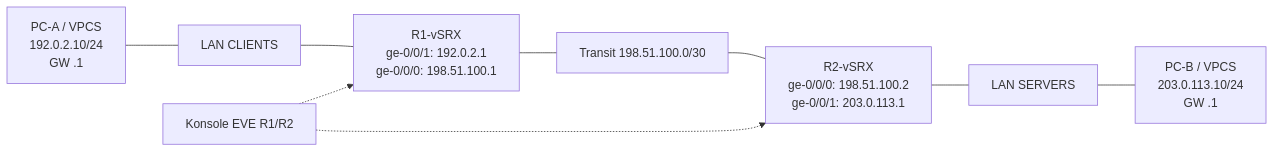
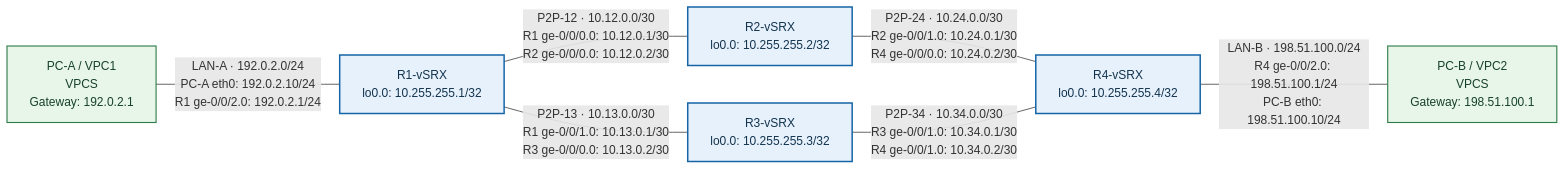
One commit to nelto79/jncip changed the tenth of 10 diagrams in docs/chapters/JUNOS_Rozdzial_05_Operational_Monitoring_and_Maintenance.md. Above: the diagram before and after it, drawn with Mermaid. The commit also changed other lines of this file, not shown here.

Commit message:
docs(ch05): rebuild troubleshooting lab on canonical four-vSRX diamond and correct static failover

```diff
--- a/docs/chapters/JUNOS_Rozdzial_05_Operational_Monitoring_and_Maintenance.md
+++ b/docs/chapters/JUNOS_Rozdzial_05_Operational_Monitoring_and_Maintenance.md
@@ -1270,11 +1300,21 @@
 ~~~mermaid
 flowchart LR
-  PC1["PC-A / VPCS\n192.0.2.10/24\nGW .1"] --- LAN1["LAN CLIENTS"]
-  LAN1 --- R1["R1-vSRX\nge-0/0/1: 192.0.2.1\nge-0/0/0: 198.51.100.1"]
-  R1 --- P2P["Transit 198.51.100.0/30"]
-  P2P --- R2["R2-vSRX\nge-0/0/0: 198.51.100.2\nge-0/0/1: 203.0.113.1"]
-  R2 --- LAN2["LAN SERVERS"]
-  LAN2 --- PC2["PC-B / VPCS\n203.0.113.10/24\nGW .1"]
-  CONS["Konsole EVE R1/R2"] -.-> R1
-  CONS -.-> R2
+  PCA["PC-A / VPC1<br/>VPCS<br/>Gateway: 192.0.2.1"]
+  R1["R1-vSRX<br/>lo0.0: 10.255.255.1/32"]
+  R2["R2-vSRX<br/>lo0.0: 10.255.255.2/32"]
+  R3["R3-vSRX<br/>lo0.0: 10.255.255.3/32"]
+  R4["R4-vSRX<br/>lo0.0: 10.255.255.4/32"]
+  PCB["PC-B / VPC2<br/>VPCS<br/>Gateway: 198.51.100.1"]
+
+  PCA ---|"LAN-A · 192.0.2.0/24<br/>PC-A eth0: 192.0.2.10/24<br/>R1 ge-0/0/2.0: 192.0.2.1/24"| R1
+  R1 ---|"P2P-12 · 10.12.0.0/30<br/>R1 ge-0/0/0.0: 10.12.0.1/30<br/>R2 ge-0/0/0.0: 10.12.0.2/30"| R2
+  R1 ---|"P2P-13 · 10.13.0.0/30<br/>R1 ge-0/0/1.0: 10.13.0.1/30<br/>R3 ge-0/0/0.0: 10.13.0.2/30"| R3
+  R2 ---|"P2P-24 · 10.24.0.0/30<br/>R2 ge-0/0/1.0: 10.24.0.1/30<br/>R4 ge-0/0/0.0: 10.24.0.2/30"| R4
+  R3 ---|"P2P-34 · 10.34.0.0/30<br/>R3 ge-0/0/1.0: 10.34.0.1/30<br/>R4 ge-0/0/1.0: 10.34.0.2/30"| R4
+  R4 ---|"LAN-B · 198.51.100.0/24<br/>R4 ge-0/0/2.0: 198.51.100.1/24<br/>PC-B eth0: 198.51.100.10/24"| PCB
+
+  classDef vsrx fill:#e6f1fc,stroke:#1565a6,stroke-width:2px,color:#13344f;
+  classDef vpcs fill:#e8f5e9,stroke:#2f7d4a,stroke-width:1.5px,color:#17422a;
+  class R1,R2,R3,R4 vsrx;
+  class PCA,PCB vpcs;
 ~~~
```
